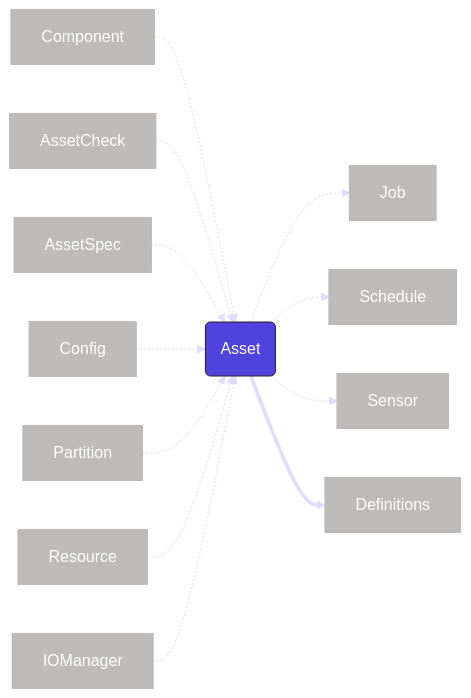
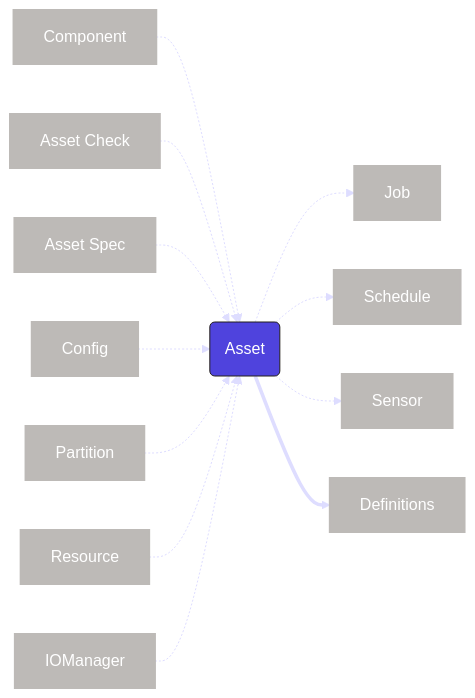
Before and after one commit to dagster-io/dagster: the second of 17 diagrams in docs/docs/getting-started/concepts.md, drawn with Mermaid. The commit also changed other lines of this file, not shown here.

Commit message:
Simplify concepts diagram

````diff
--- a/docs/docs/getting-started/concepts.md
+++ b/docs/docs/getting-started/concepts.md
@@ -113,43 +44,43 @@
 ```mermaid
 %%{
   init: {
     'theme': 'base',
     'themeVariables': {
       'primaryColor': '#4F43DD',
       'primaryTextColor': '#FFFFFF',
       'primaryBorderColor': '#231F1B',
       'lineColor': '#DEDDFF',
       'secondaryColor': '#BDBAB7',
       'tertiaryColor': '#FFFFFF'
     }
   }
 }%%
   graph LR
     style Config fill:#BDBAB7,stroke:#BDBAB7,stroke-width:2px
     style Partition fill:#BDBAB7,stroke:#BDBAB7,stroke-width:2px
 
     style Job fill:#BDBAB7,stroke:#BDBAB7,stroke-width:2px
     style Schedule fill:#BDBAB7,stroke:#BDBAB7,stroke-width:2px
     style Sensor fill:#BDBAB7,stroke:#BDBAB7,stroke-width:2px
     style IOManager fill:#BDBAB7,stroke:#BDBAB7,stroke-width:2px
     style Resource fill:#BDBAB7,stroke:#BDBAB7,stroke-width:2px
     style AssetCheck fill:#BDBAB7,stroke:#BDBAB7,stroke-width:2px
     style AssetSpec fill:#BDBAB7,stroke:#BDBAB7,stroke-width:2px
     style Component fill:#BDBAB7,stroke:#BDBAB7,stroke-width:2px
     style Definitions fill:#BDBAB7,stroke:#BDBAB7,stroke-width:2px
 
     Component -.-> Asset
-    AssetCheck -.-> Asset
-    AssetSpec -.-> Asset
+    AssetCheck[Asset Check] -.-> Asset
+    AssetSpec[Asset Spec] -.-> Asset
     Config -.-> Asset
     Partition -.-> Asset
     Resource -.-> Asset
     IOManager -.-> Asset
 
     Asset(Asset)
 
     Asset -.-> Job
     Asset -.-> Schedule
     Asset -.-> Sensor
     Asset ==> Definitions
 ```
````
